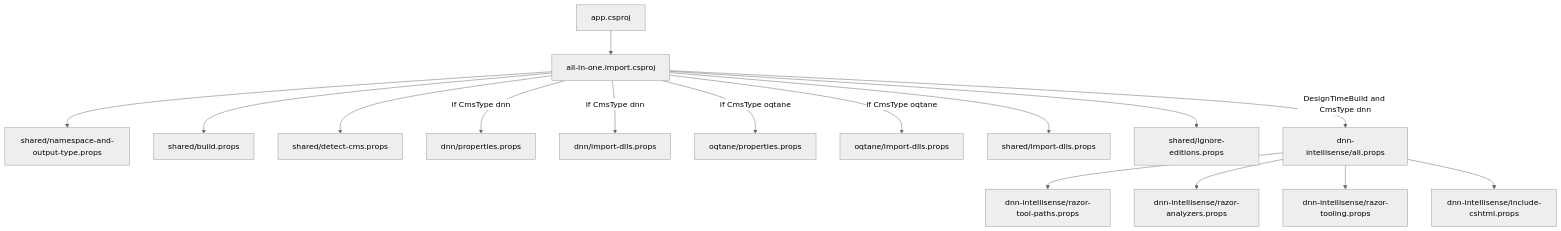
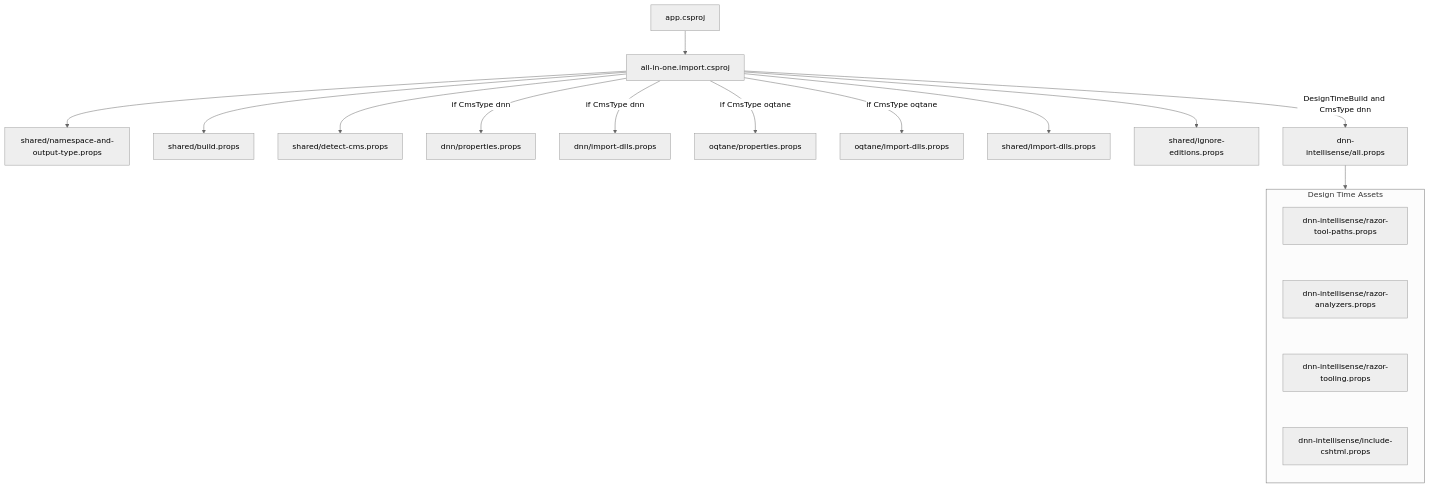
Before and after one commit to 2sxc-apps/app-extension-dotnet-project: the first of 3 diagrams in readme.md, drawn with Mermaid (neutral theme).

Commit message:
minimal mermaid

````diff
--- a/readme.md
+++ b/readme.md
@@ -186,20 +186,29 @@
 ```mermaid
 flowchart TD
     APP[app.csproj] --> ROOT[all-in-one.import.csproj]
 
     ROOT --> NS[shared/namespace-and-output-type.props]
     ROOT --> BUILD[shared/build.props]
     ROOT --> CMS[shared/detect-cms.props]
     ROOT -->|if CmsType dnn| DNNPROPS[dnn/properties.props]
     ROOT -->|if CmsType dnn| DNNDLLS[dnn/import-dlls.props]
     ROOT -->|if CmsType oqtane| OQTPROPS[oqtane/properties.props]
     ROOT -->|if CmsType oqtane| OQTDLLS[oqtane/import-dlls.props]
     ROOT --> COMMON[shared/import-dlls.props]
     ROOT --> EDIT[shared/ignore-editions.props]
     ROOT -->|DesignTimeBuild and CmsType dnn| DT[dnn-intellisense/all.props]
 
-    DT --> DTPATHS[dnn-intellisense/razor-tool-paths.props]
-    DT --> DTAN[dnn-intellisense/razor-analyzers.props]
-    DT --> DTTOOLS[dnn-intellisense/razor-tooling.props]
-    DT --> DTCSHTML[dnn-intellisense/include-cshtml.props]
+
+    subgraph DT_Group [Design Time Assets]
+        direction TB
+        DTPATHS[dnn-intellisense/razor-tool-paths.props]
+        DTAN[dnn-intellisense/razor-analyzers.props]
+        DTTOOLS[dnn-intellisense/razor-tooling.props]
+        DTCSHTML[dnn-intellisense/include-cshtml.props]
+
+        %% Hidden links to force vertical stacking
+        DTPATHS ~~~ DTAN ~~~ DTTOOLS ~~~ DTCSHTML
+    end
+
+    DT --> DT_Group
 ```
````
